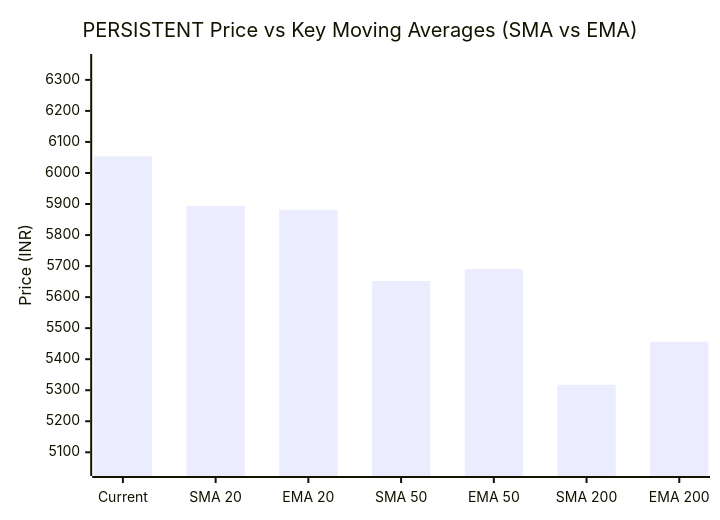
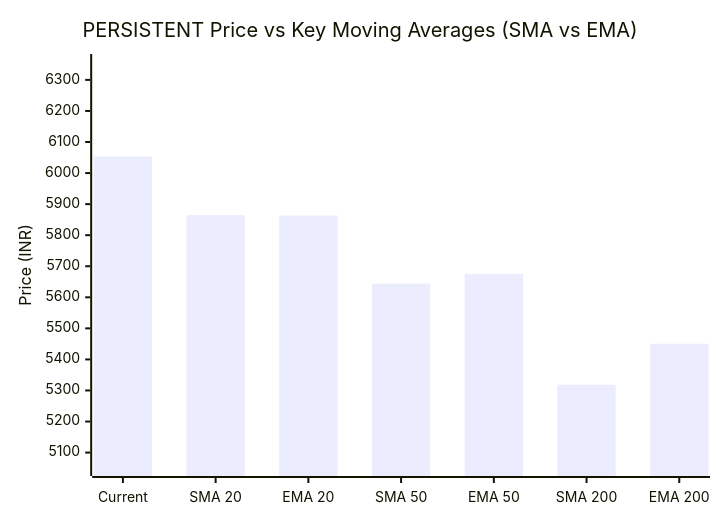
The third of 3 diagrams in market-intelligence/stocks/PERSISTENT/history/2026-11-06.md (purnareddy9/dev), drawn with Mermaid before and after one commit. The commit also changed other lines of this file and 3 other files, not shown here.

````diff
--- a/market-intelligence/stocks/PERSISTENT/history/2026-11-06.md
+++ b/market-intelligence/stocks/PERSISTENT/history/2026-11-06.md
@@ -104,7 +104,7 @@
 ```mermaid
 xychart-beta
     title "PERSISTENT Price vs Key Moving Averages (SMA vs EMA)"
     x-axis ["Current", "SMA 20", "EMA 20", "SMA 50", "EMA 50", "SMA 200", "EMA 200"]
-    y-axis "Price (INR)" 5051 --> 6356
-    bar [6053.5, 5893.75, 5881.34, 5651.93, 5690.18, 5317.63, 5456.3]
+    y-axis "Price (INR)" 5052 --> 6356
+    bar [6053.5, 5864.48, 5863.21, 5643.96, 5675.35, 5318.73, 5450.29]
 ```
````
